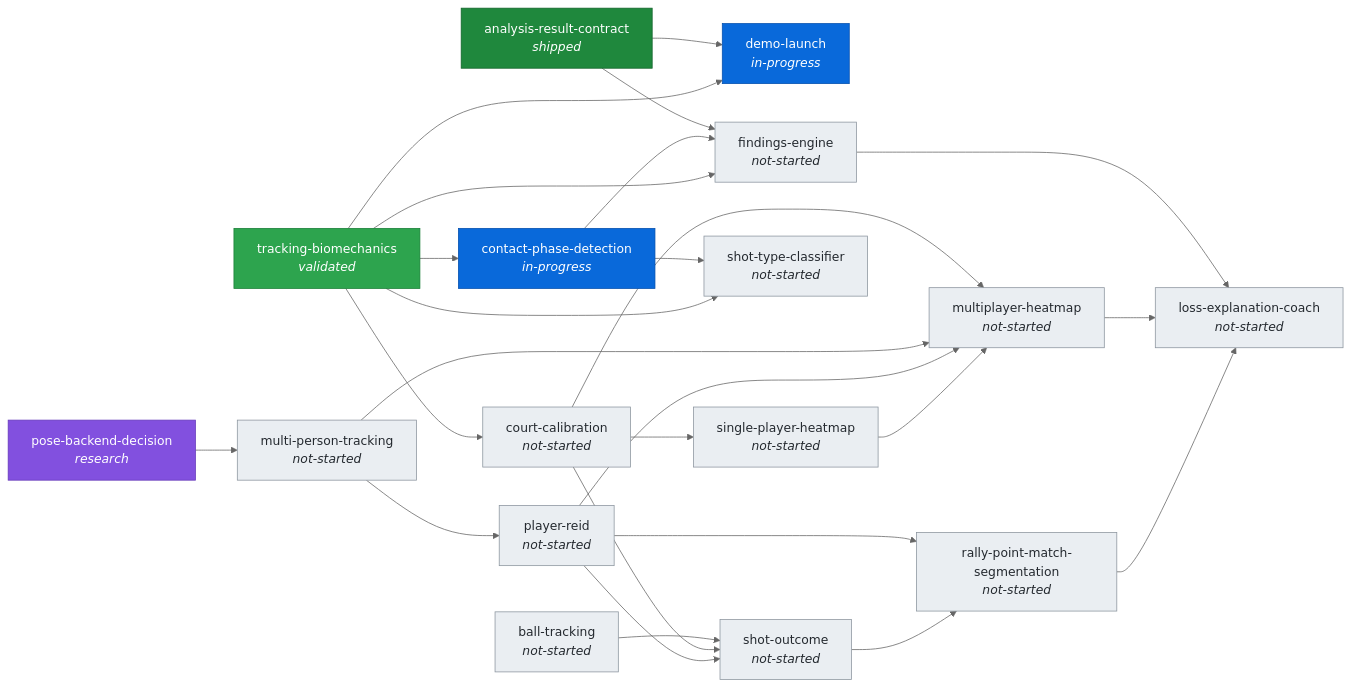
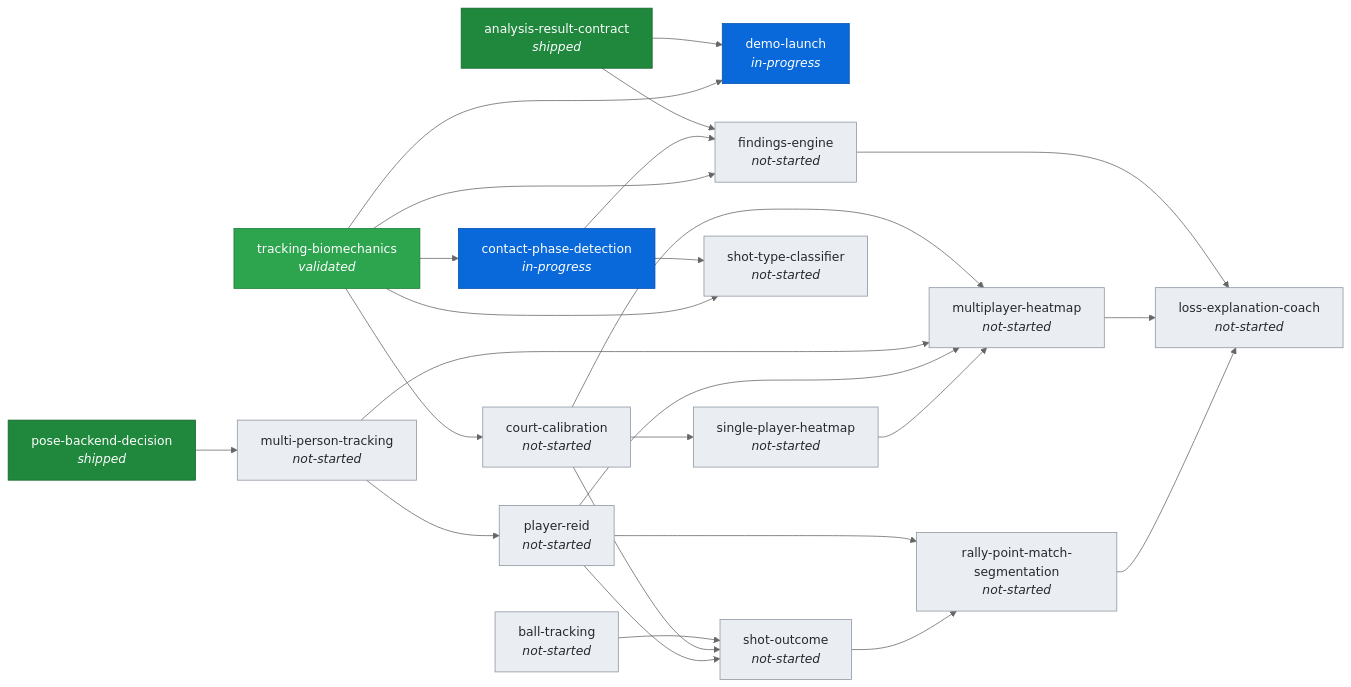
One commit to imaad0701-coder/SquashAI changed the diagram in docs/ROADMAP.md. Above: the diagram before and after it, drawn with Mermaid (neutral theme). The commit also changed other lines of this file and 2 other files, not shown here.

First line of the commit message:
Record pose-backend decision: stay on legacy mediapipe.solutions.pose

````diff
--- a/docs/ROADMAP.md
+++ b/docs/ROADMAP.md
@@ -12,54 +12,53 @@
 ```mermaid
 graph LR
     analysis_result_contract["analysis-result-contract<br/><i>shipped</i>"]
     ball_tracking["ball-tracking<br/><i>not-started</i>"]
     contact_phase_detection["contact-phase-detection<br/><i>in-progress</i>"]
     court_calibration["court-calibration<br/><i>not-started</i>"]
     demo_launch["demo-launch<br/><i>in-progress</i>"]
     findings_engine["findings-engine<br/><i>not-started</i>"]
     loss_explanation_coach["loss-explanation-coach<br/><i>not-started</i>"]
     multi_person_tracking["multi-person-tracking<br/><i>not-started</i>"]
     multiplayer_heatmap["multiplayer-heatmap<br/><i>not-started</i>"]
     player_reid["player-reid<br/><i>not-started</i>"]
-    pose_backend_decision["pose-backend-decision<br/><i>research</i>"]
+    pose_backend_decision["pose-backend-decision<br/><i>shipped</i>"]
     rally_point_match_segmentation["rally-point-match-segmentation<br/><i>not-started</i>"]
     shot_outcome["shot-outcome<br/><i>not-started</i>"]
     shot_type_classifier["shot-type-classifier<br/><i>not-started</i>"]
     single_player_heatmap["single-player-heatmap<br/><i>not-started</i>"]
     tracking_biomechanics["tracking-biomechanics<br/><i>validated</i>"]
     tracking_biomechanics --> contact_phase_detection
     tracking_biomechanics --> court_calibration
     analysis_result_contract --> demo_launch
     tracking_biomechanics --> demo_launch
     analysis_result_contract --> findings_engine
     contact_phase_detection --> findings_engine
     tracking_biomechanics --> findings_engine
     findings_engine --> loss_explanation_coach
     multiplayer_heatmap --> loss_explanation_coach
     rally_point_match_segmentation --> loss_explanation_coach
     pose_backend_decision --> multi_person_tracking
     court_calibration --> multiplayer_heatmap
     multi_person_tracking --> multiplayer_heatmap
     player_reid --> multiplayer_heatmap
     single_player_heatmap --> multiplayer_heatmap
     multi_person_tracking --> player_reid
     player_reid --> rally_point_match_segmentation
     shot_outcome --> rally_point_match_segmentation
     ball_tracking --> shot_outcome
     court_calibration --> shot_outcome
     player_reid --> shot_outcome
     contact_phase_detection --> shot_type_classifier
     tracking_biomechanics --> shot_type_classifier
     court_calibration --> single_player_heatmap
     classDef shipped fill:#1f883d,stroke:#116329,color:#ffffff
     classDef validated fill:#2da44e,stroke:#1a7f37,color:#ffffff
     classDef in_progress fill:#0969da,stroke:#0550ae,color:#ffffff
     classDef research fill:#8250df,stroke:#6639ba,color:#ffffff
     classDef blocked fill:#cf222e,stroke:#a40e26,color:#ffffff
     classDef not_started fill:#eaeef2,stroke:#8c959f,color:#24292f
-    class analysis_result_contract shipped
+    class analysis_result_contract,pose_backend_decision shipped
     class tracking_biomechanics validated
     class contact_phase_detection,demo_launch in_progress
-    class pose_backend_decision research
     class ball_tracking,court_calibration,findings_engine,loss_explanation_coach,multi_person_tracking,multiplayer_heatmap,player_reid,rally_point_match_segmentation,shot_outcome,shot_type_classifier,single_player_heatmap not_started
 ```
````
